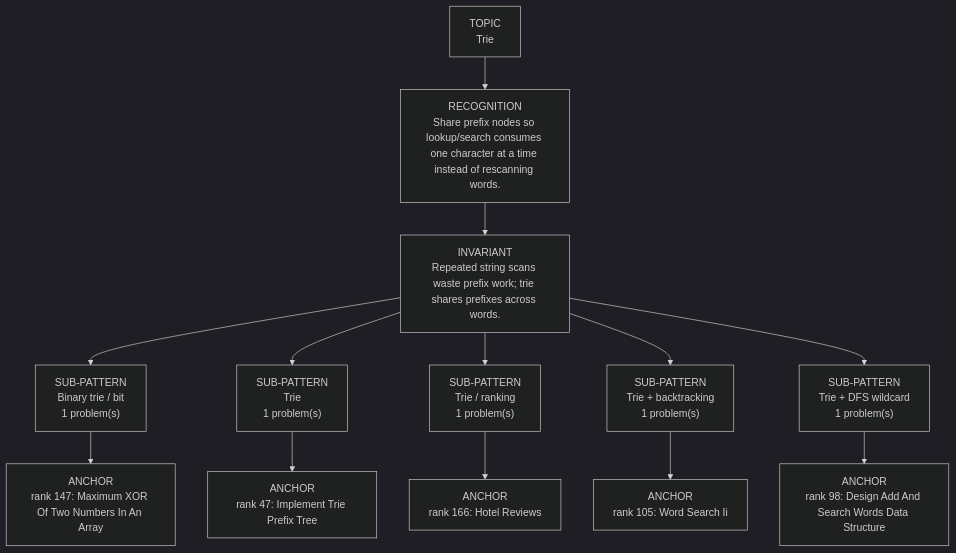
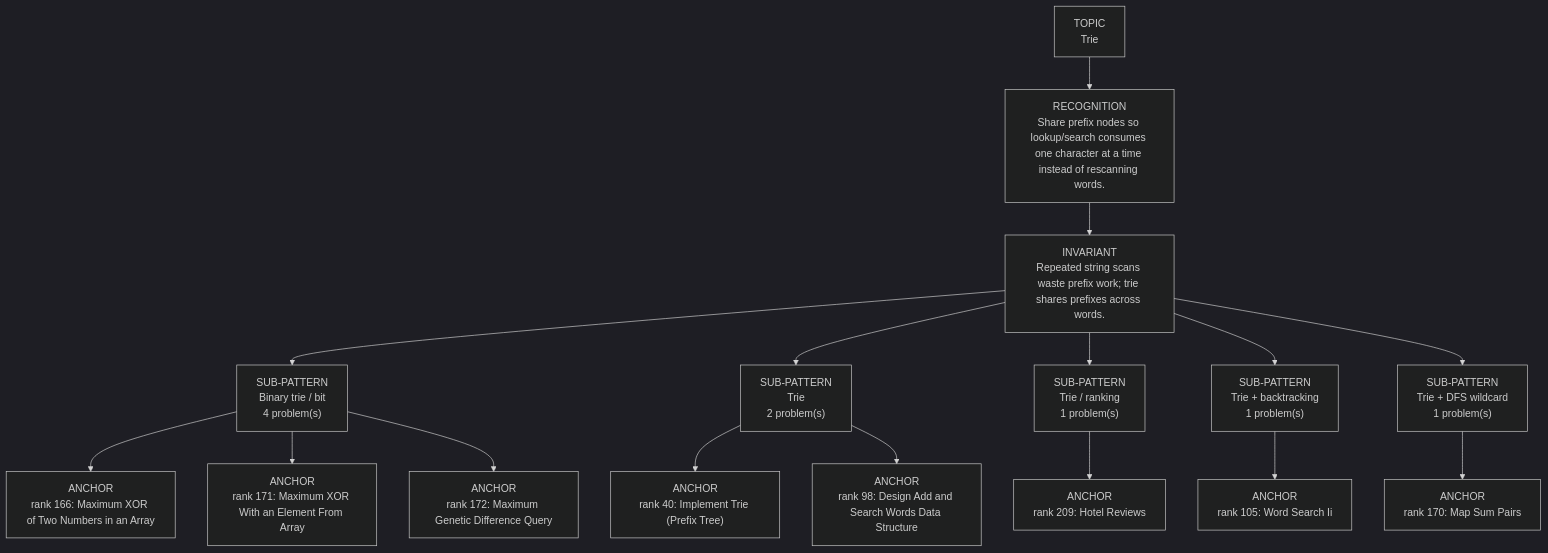
One commit to thechiranjeevjain/DSA10days changed the diagram in dsa-review/interview/patterns/17_trie.md. Above: the diagram before and after it, drawn with Mermaid (dark theme). The commit also changed other lines of this file and 36 other files, not shown here.

````diff
--- a/dsa-review/interview/patterns/17_trie.md
+++ b/dsa-review/interview/patterns/17_trie.md
@@ -15,17 +15,20 @@
 ```mermaid
 flowchart TD
   Topic["TOPIC<br/>Trie"]
   Recognition["RECOGNITION<br/>Share prefix nodes so lookup/search consumes one character at a time instead of rescanning words."]
   Invariant["INVARIANT<br/>Repeated string scans waste prefix work; trie shares prefixes across words."]
   Topic --> Recognition --> Invariant
-  Invariant --> Sub01["SUB-PATTERN<br/>Binary trie / bit<br/>1 problem(s)"]
-  Sub01 --> Sub01A01["ANCHOR<br/>rank 147: Maximum XOR Of Two Numbers In An Array"]
-  Invariant --> Sub02["SUB-PATTERN<br/>Trie<br/>1 problem(s)"]
-  Sub02 --> Sub02A01["ANCHOR<br/>rank 47: Implement Trie Prefix Tree"]
+  Invariant --> Sub01["SUB-PATTERN<br/>Binary trie / bit<br/>4 problem(s)"]
+  Sub01 --> Sub01A01["ANCHOR<br/>rank 166: Maximum XOR of Two Numbers in an Array"]
+  Sub01 --> Sub01A02["ANCHOR<br/>rank 171: Maximum XOR With an Element From Array"]
+  Sub01 --> Sub01A03["ANCHOR<br/>rank 172: Maximum Genetic Difference Query"]
+  Invariant --> Sub02["SUB-PATTERN<br/>Trie<br/>2 problem(s)"]
+  Sub02 --> Sub02A01["ANCHOR<br/>rank 40: Implement Trie (Prefix Tree)"]
+  Sub02 --> Sub02A02["ANCHOR<br/>rank 98: Design Add and Search Words Data Structure"]
   Invariant --> Sub03["SUB-PATTERN<br/>Trie / ranking<br/>1 problem(s)"]
-  Sub03 --> Sub03A01["ANCHOR<br/>rank 166: Hotel Reviews"]
+  Sub03 --> Sub03A01["ANCHOR<br/>rank 209: Hotel Reviews"]
   Invariant --> Sub04["SUB-PATTERN<br/>Trie + backtracking<br/>1 problem(s)"]
   Sub04 --> Sub04A01["ANCHOR<br/>rank 105: Word Search Ii"]
   Invariant --> Sub05["SUB-PATTERN<br/>Trie + DFS wildcard<br/>1 problem(s)"]
-  Sub05 --> Sub05A01["ANCHOR<br/>rank 98: Design Add And Search Words Data Structure"]
+  Sub05 --> Sub05A01["ANCHOR<br/>rank 170: Map Sum Pairs"]
 ```
````
